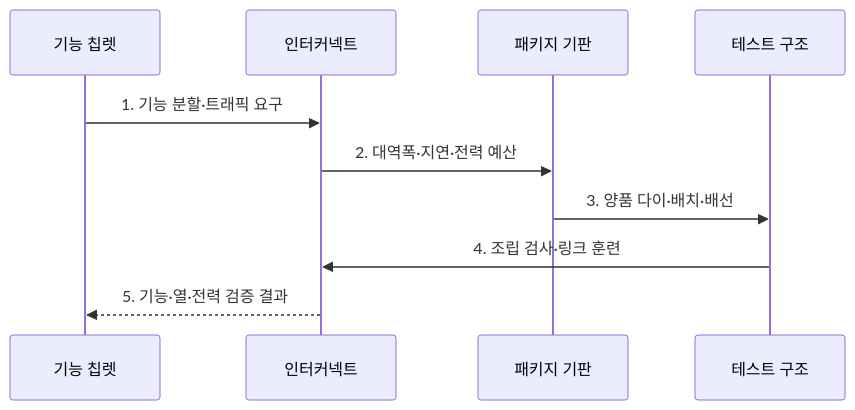
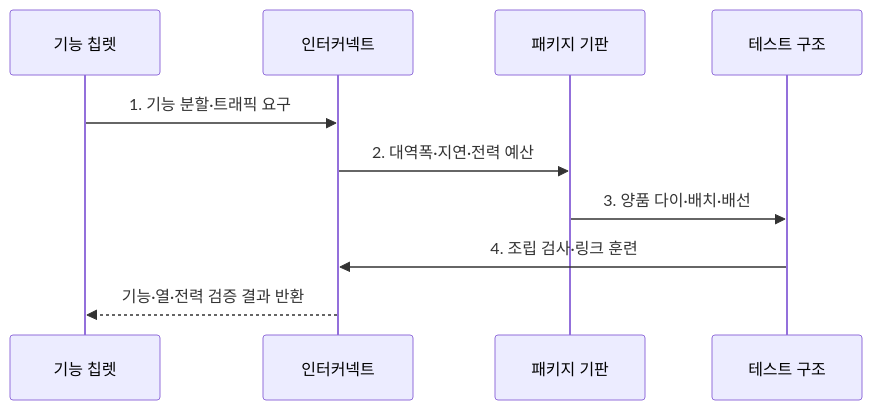
The second of 2 diagrams in src/content/docs/notes/08-latest-tech/148_chiplet.md (agnusdei1207/knowledge-base), drawn with Mermaid before and after one commit. The commit also changed other lines of this file and 225 other files, not shown here.

````diff
--- a/src/content/docs/notes/08-latest-tech/148_chiplet.md
+++ b/src/content/docs/notes/08-latest-tech/148_chiplet.md
@@ -82,12 +83,12 @@
 ```mermaid
 sequenceDiagram
   participant C as 기능 칩렛
   participant I as 인터커넥트
   participant P as 패키지 기판
   participant T as 테스트 구조
   C->>I: 1. 기능 분할·트래픽 요구
   I->>P: 2. 대역폭·지연·전력 예산
   P->>T: 3. 양품 다이·배치·배선
   T->>I: 4. 조립 검사·링크 훈련
-  I-->>C: 5. 기능·열·전력 검증 결과
+  I-->>C: 기능·열·전력 검증 결과 반환
 ```
````
